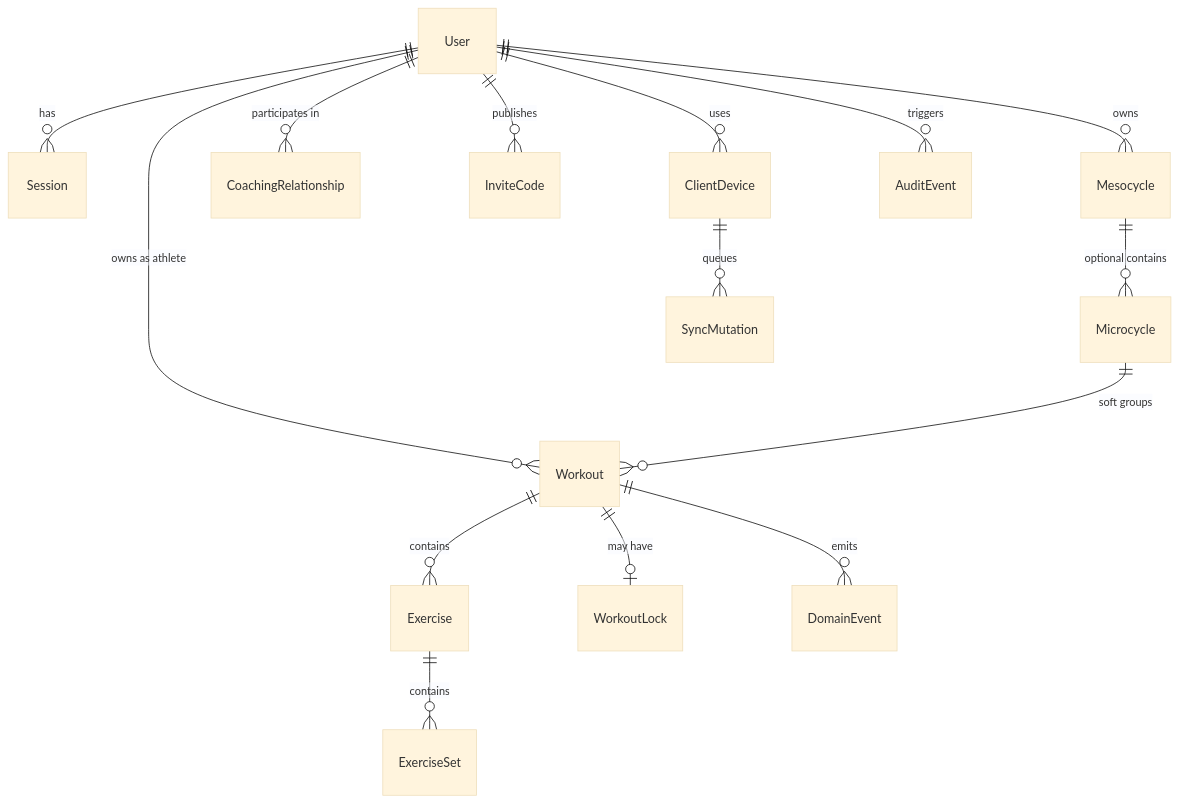
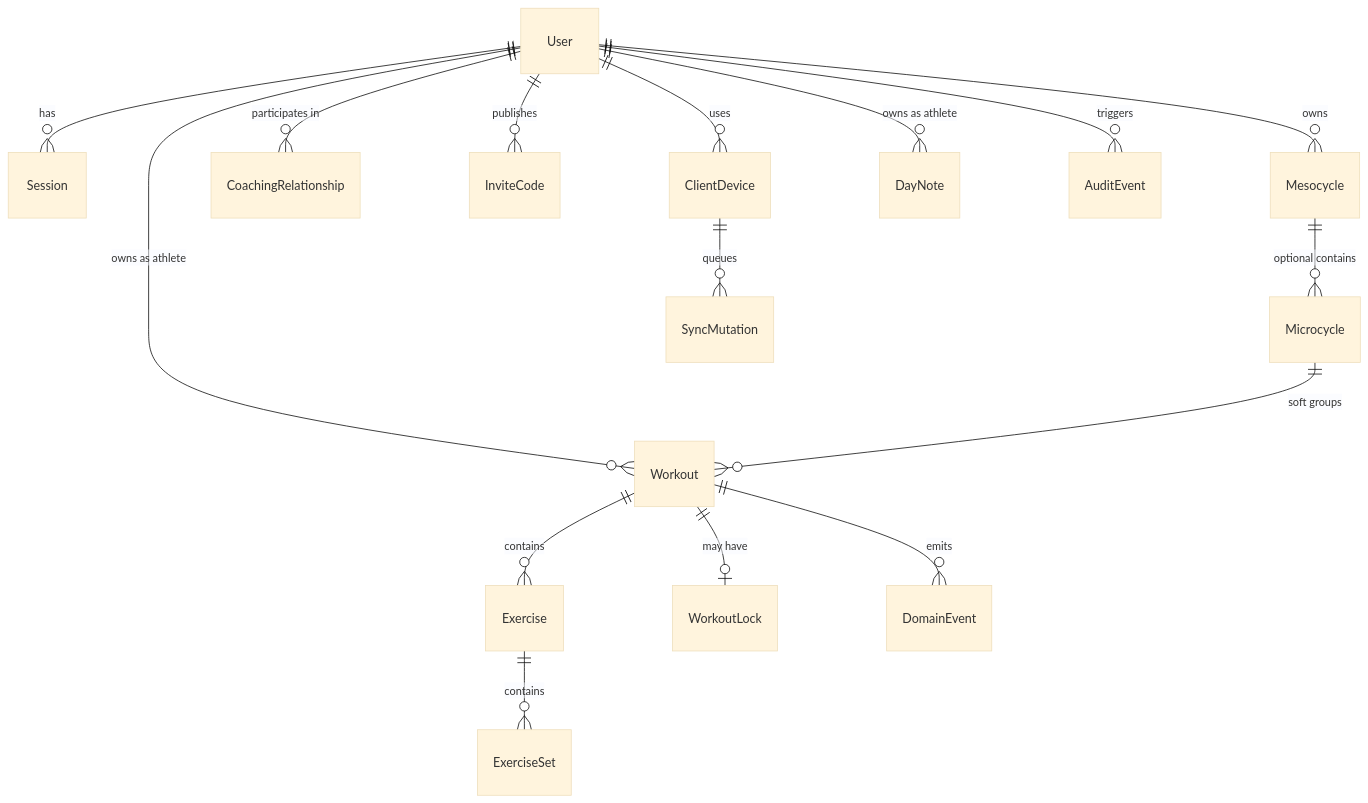
The second of 9 diagrams in architecture.md (qrtman/adaptive_lifting), drawn with Mermaid (base theme) before and after one commit. The commit also changed other lines of this file and 11 other files, not shown here.

First line of the commit message:
Keep calendar hover actions out of flow and add per-date note cards.

````diff
--- a/architecture.md
+++ b/architecture.md
@@ -191,17 +191,18 @@
 ```mermaid
 erDiagram
     User ||--o{ Session : "has"
     User ||--o{ ClientDevice : "uses"
     User ||--o{ CoachingRelationship : "participates in"
     User ||--o{ InviteCode : "publishes"
     User ||--o{ Mesocycle : "owns"
     User ||--o{ Workout : "owns as athlete"
+    User ||--o{ DayNote : "owns as athlete"
     Mesocycle ||--o{ Microcycle : "optional contains"
     Microcycle ||--o{ Workout : "soft groups"
     Workout ||--o{ Exercise : "contains"
     Exercise ||--o{ ExerciseSet : "contains"
     Workout ||--o| WorkoutLock : "may have"
     ClientDevice ||--o{ SyncMutation : "queues"
     Workout ||--o{ DomainEvent : "emits"
     User ||--o{ AuditEvent : "triggers"
 ```
````
